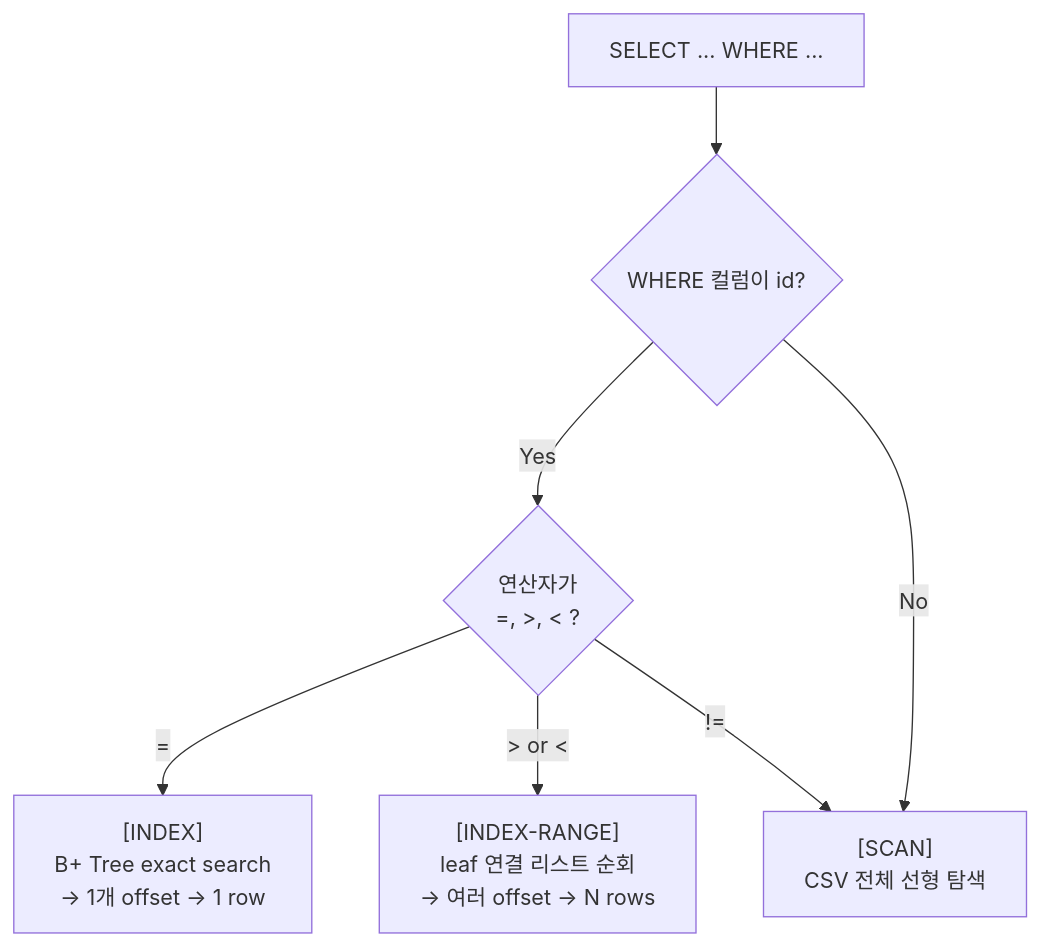
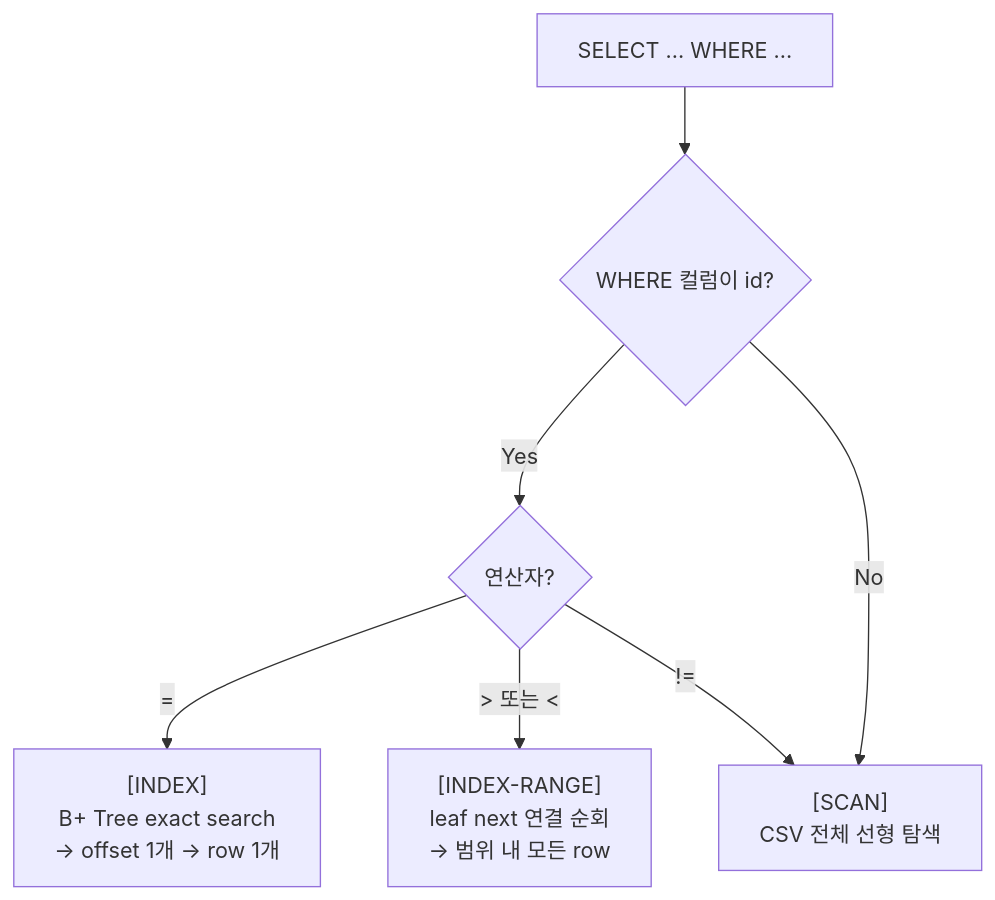
Before and after one commit to Jungle-12-303/week7-02-sql-index: the fifth of 6 diagrams in docs/presentation.md, drawn with Mermaid. The commit also changed other lines of this file, not shown here.

````diff
--- a/docs/presentation.md
+++ b/docs/presentation.md
@@ -100,9 +98,9 @@
 ```mermaid
 flowchart TD
     A["SELECT ... WHERE ..."] --> B{"WHERE 컬럼이 id?"}
-    B -->|"Yes"| C{"연산자가\n=, >, < ?"}
-    C -->|"= "| D["[INDEX]\nB+ Tree exact search\n→ 1개 offset → 1 row"]
-    C -->|"> or <"| E["[INDEX-RANGE]\nleaf 연결 리스트 순회\n→ 여러 offset → N rows"]
+    B -->|"Yes"| C{"연산자?"}
+    C -->|"="| D["[INDEX]\nB+ Tree exact search\n→ offset 1개 → row 1개"]
+    C -->|"&gt; 또는 &lt;"| E["[INDEX-RANGE]\nleaf next 연결 순회\n→ 범위 내 모든 row"]
     C -->|"!="| F["[SCAN]\nCSV 전체 선형 탐색"]
     B -->|"No"| F
 ```
````
